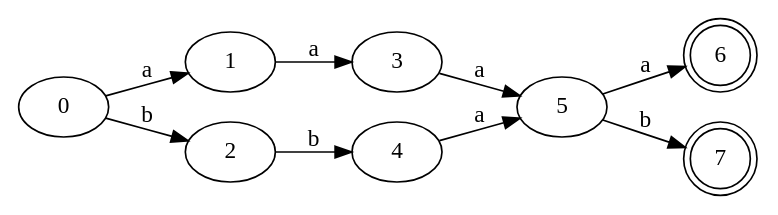
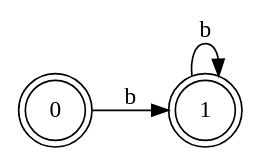
The diagram in test-output/dfa_set.gv (jua16073/lenguajes_proy1), drawn with Graphviz before and after one commit. The commit also changed 10 other files, not shown here.

```diff
--- a/test-output/dfa_set.gv
+++ b/test-output/dfa_set.gv
@@ -1,19 +1,7 @@
 digraph Automata {
 	rankdir=LR
-	0 [label=0]
-	0 -> 1 [label=a]
-	0 -> 2 [label=b]
-	1 [label=1]
-	1 -> 3 [label=a]
-	2 [label=2]
-	2 -> 4 [label=b]
-	3 [label=3]
-	3 -> 5 [label=a]
-	4 [label=4]
-	4 -> 5 [label=a]
-	5 [label=5]
-	5 -> 6 [label=a]
-	5 -> 7 [label=b]
-	6 [label=6 shape=doublecircle]
-	7 [label=7 shape=doublecircle]
+	0 [label=0 shape=doublecircle]
+	0 -> 1 [label=b]
+	1 [label=1 shape=doublecircle]
+	1 -> 1 [label=b]
 }
```
